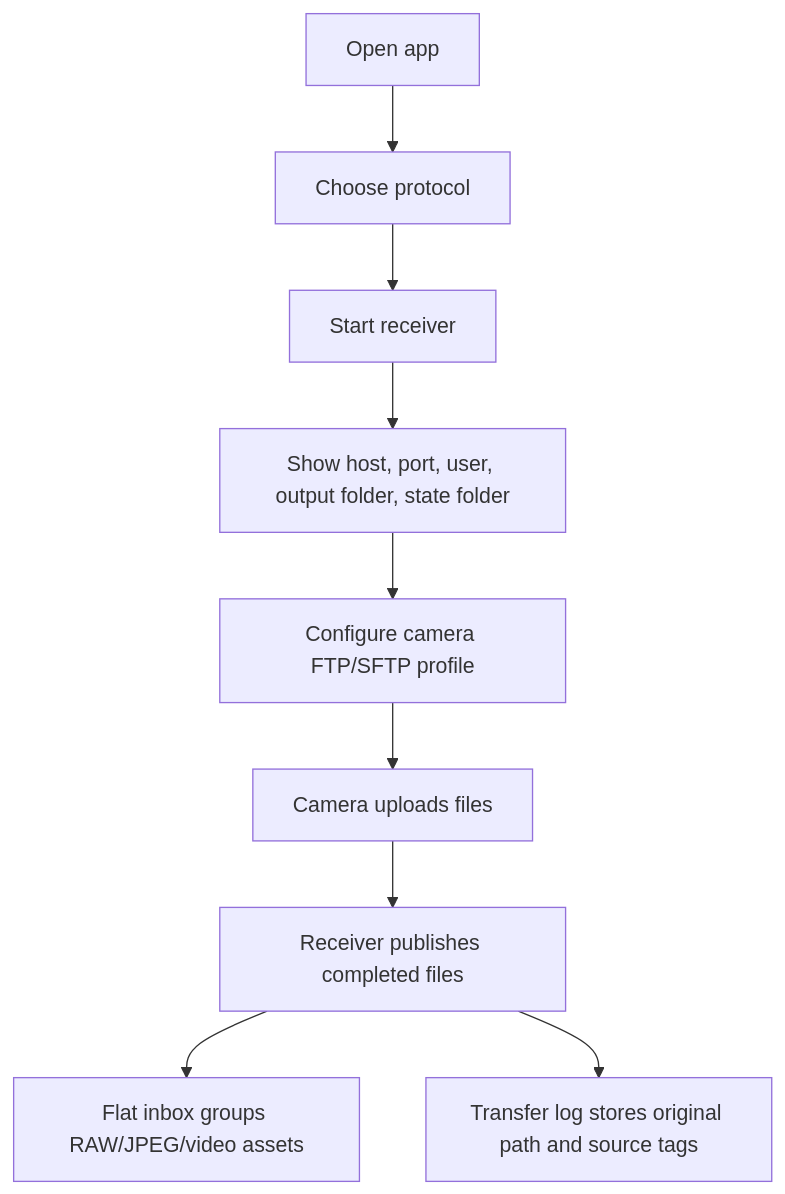
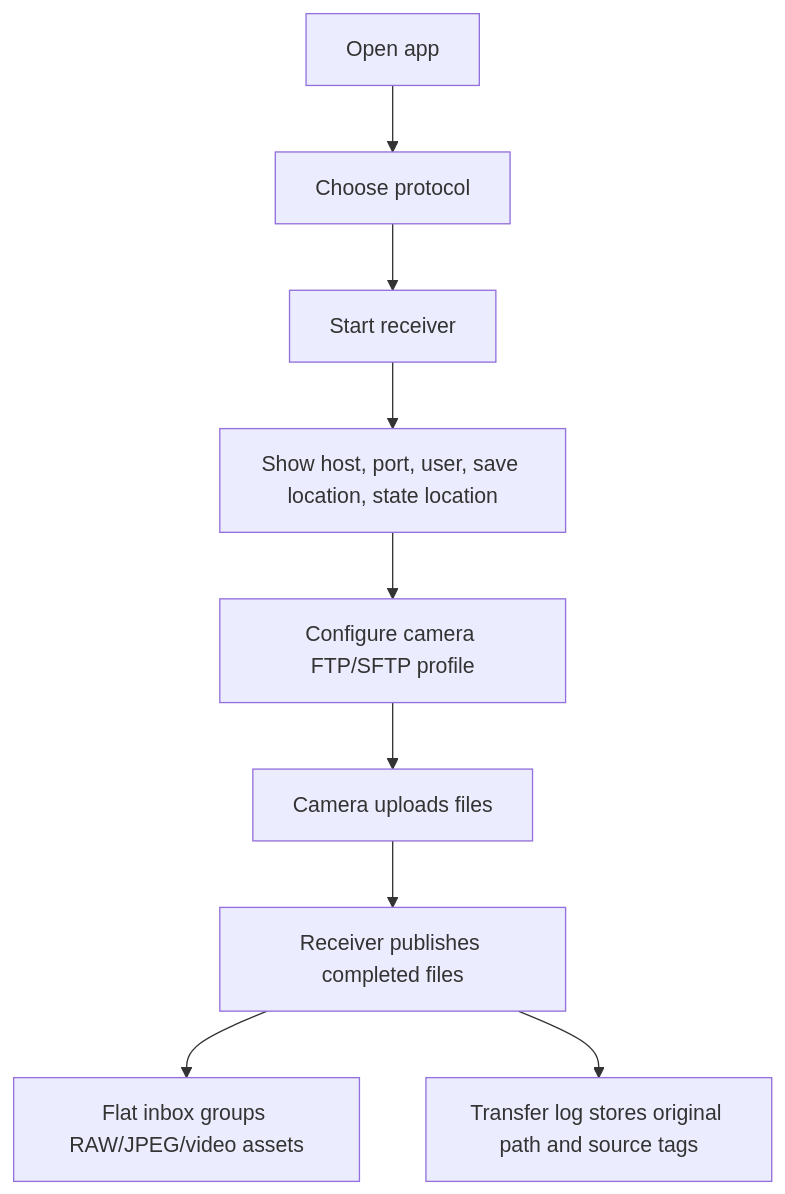
The diagram in docs/product/prototype-spec.md (CrazyNB/camera_connector), drawn with Mermaid before and after one commit. The commit also changed other lines of this file and 15 other files, not shown here.

````diff
--- a/docs/product/prototype-spec.md
+++ b/docs/product/prototype-spec.md
@@ -9,11 +9,11 @@
 ```mermaid
 flowchart TD
   A["Open app"] --> B["Choose protocol"]
   B --> C["Start receiver"]
-  C --> D["Show host, port, user, output folder, state folder"]
+  C --> D["Show host, port, user, save location, state location"]
   D --> E["Configure camera FTP/SFTP profile"]
   E --> F["Camera uploads files"]
   F --> G["Receiver publishes completed files"]
   G --> H["Flat inbox groups RAW/JPEG/video assets"]
   G --> I["Transfer log stores original path and source tags"]
 ```
````
